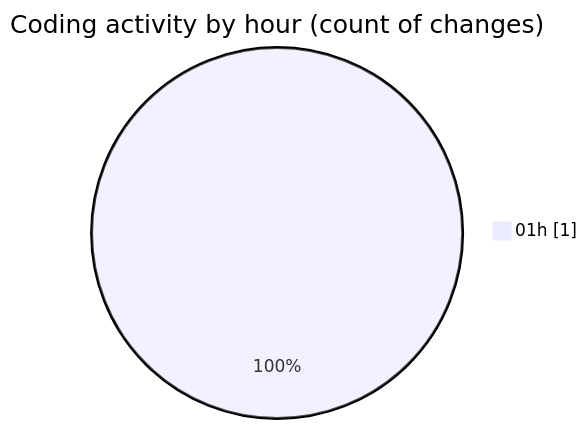
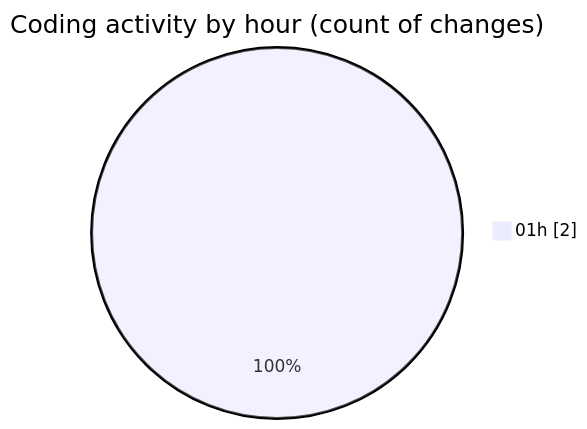
The second of 2 diagrams in 2025-10-01/open-health/README.md (mevix1/code-tracking), drawn with Mermaid before and after one commit. The commit also changed other lines of this file and 1 other file, not shown here.

````diff
--- a/2025-10-01/open-health/README.md
+++ b/2025-10-01/open-health/README.md
@@ -28,5 +30,5 @@
 ```mermaid
 pie showData
 title Coding activity by hour (count of changes)
-"01h" : 1
+"01h" : 2
 ```
````
